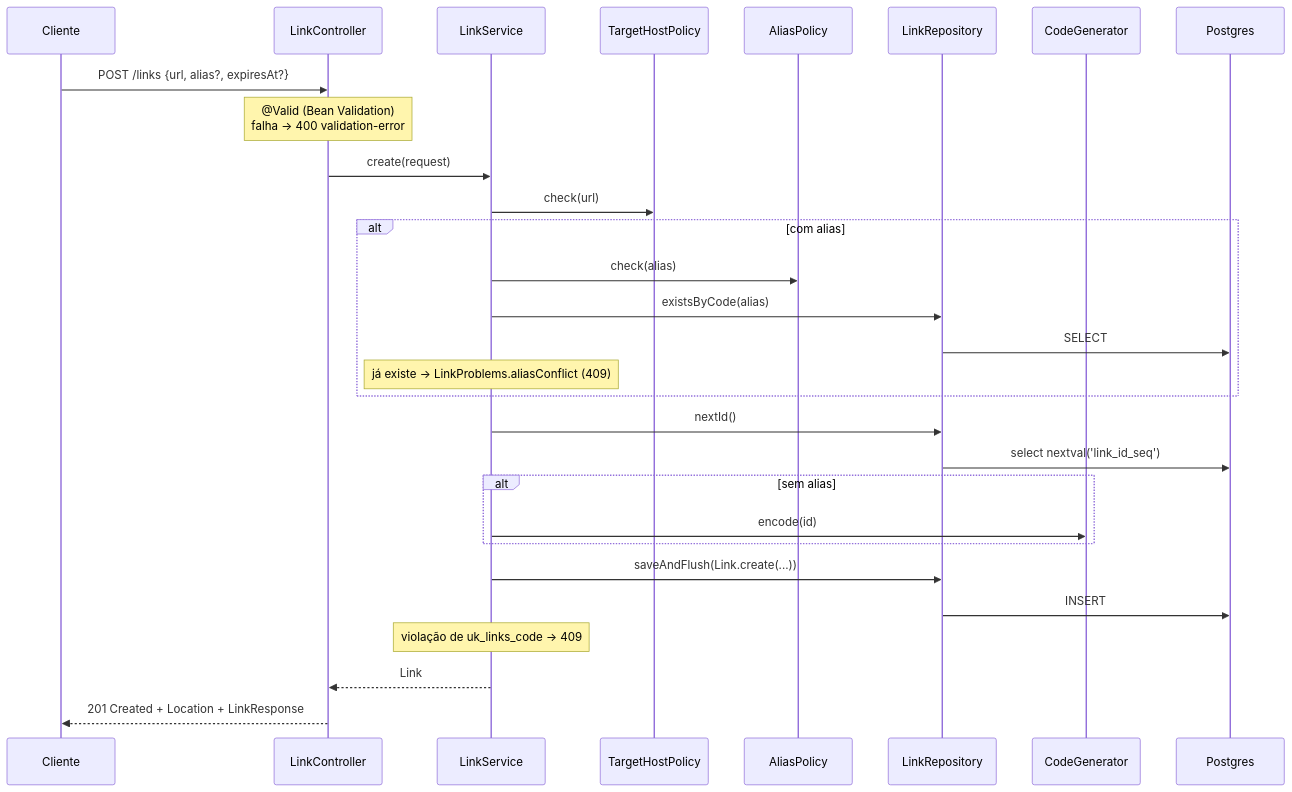
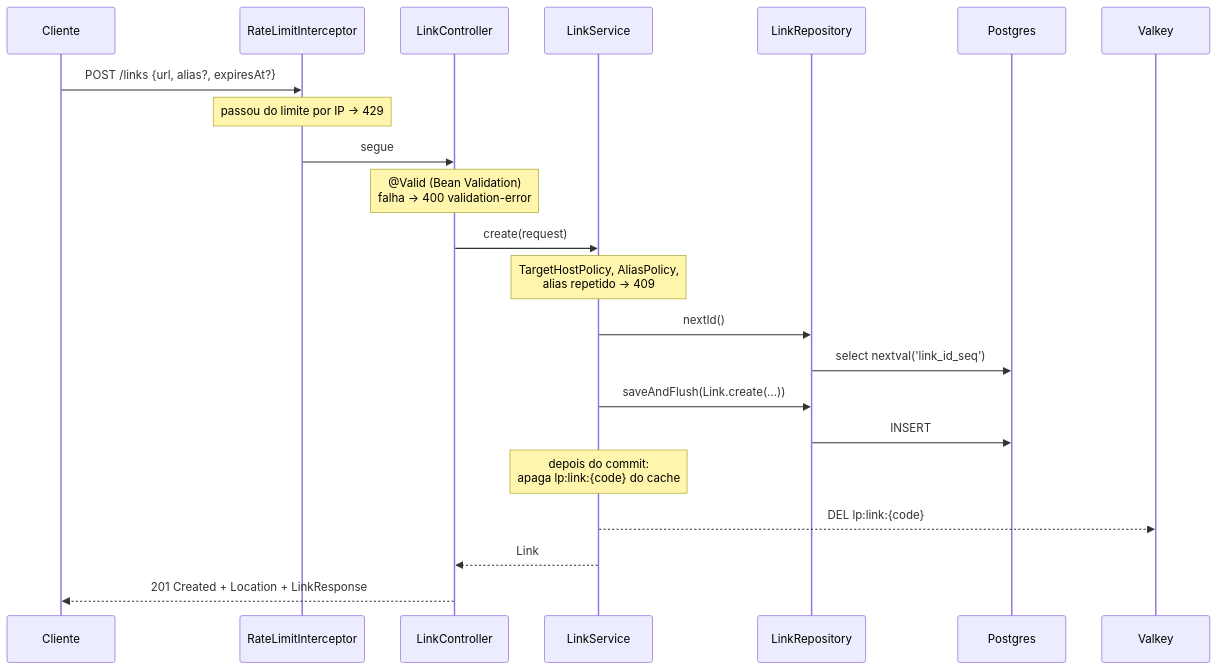
One commit to Lucasllo/link-pulse changed the first of 3 diagrams in estudos/01-estrutura-e-fluxo-de-requisicoes.md. Above: the diagram before and after it, drawn with Mermaid. The commit also changed other lines of this file and 1 other file, not shown here.

````diff
--- a/estudos/01-estrutura-e-fluxo-de-requisicoes.md
+++ b/estudos/01-estrutura-e-fluxo-de-requisicoes.md
@@ -73,32 +120,25 @@
 ```mermaid
 sequenceDiagram
     participant C as Cliente
+    participant RL as RateLimitInterceptor
     participant LC as LinkController
     participant S as LinkService
-    participant TH as TargetHostPolicy
-    participant AP as AliasPolicy
     participant R as LinkRepository
-    participant G as CodeGenerator
     participant DB as Postgres
+    participant V as Valkey
 
-    C->>LC: POST /links {url, alias?, expiresAt?}
+    C->>RL: POST /links {url, alias?, expiresAt?}
+    Note over RL: passou do limite por IP → 429
+    RL->>LC: segue
     Note over LC: @Valid (Bean Validation)<br/>falha → 400 validation-error
     LC->>S: create(request)
-    S->>TH: check(url)
-    alt com alias
-        S->>AP: check(alias)
-        S->>R: existsByCode(alias)
-        R->>DB: SELECT
-        Note over S: já existe → LinkProblems.aliasConflict (409)
-    end
+    Note over S: TargetHostPolicy, AliasPolicy,<br/>alias repetido → 409
     S->>R: nextId()
     R->>DB: select nextval('link_id_seq')
-    alt sem alias
-        S->>G: encode(id)
-    end
     S->>R: saveAndFlush(Link.create(...))
     R->>DB: INSERT
-    Note over S: violação de uk_links_code → 409
+    Note over S: depois do commit:<br/>apaga lp:link:{code} do cache
+    S-->>V: DEL lp:link:{code}
     S-->>LC: Link
     LC-->>C: 201 Created + Location + LinkResponse
 ```
````
